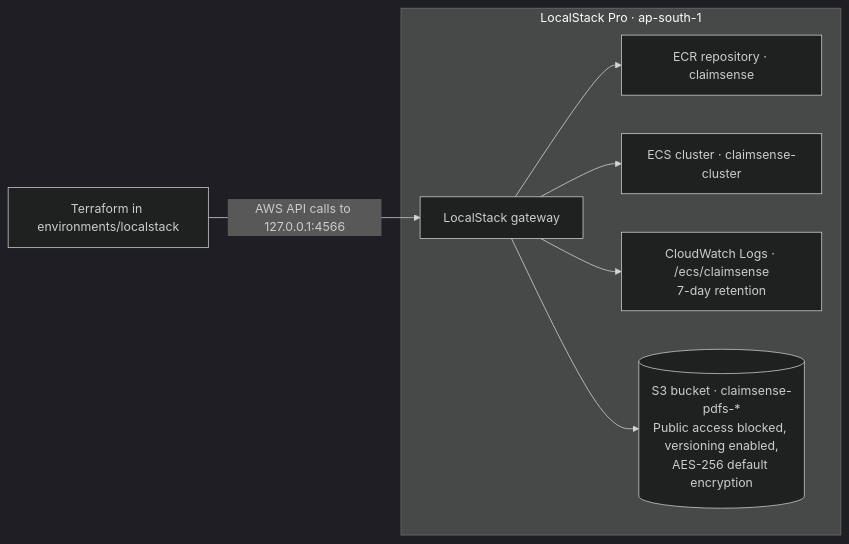
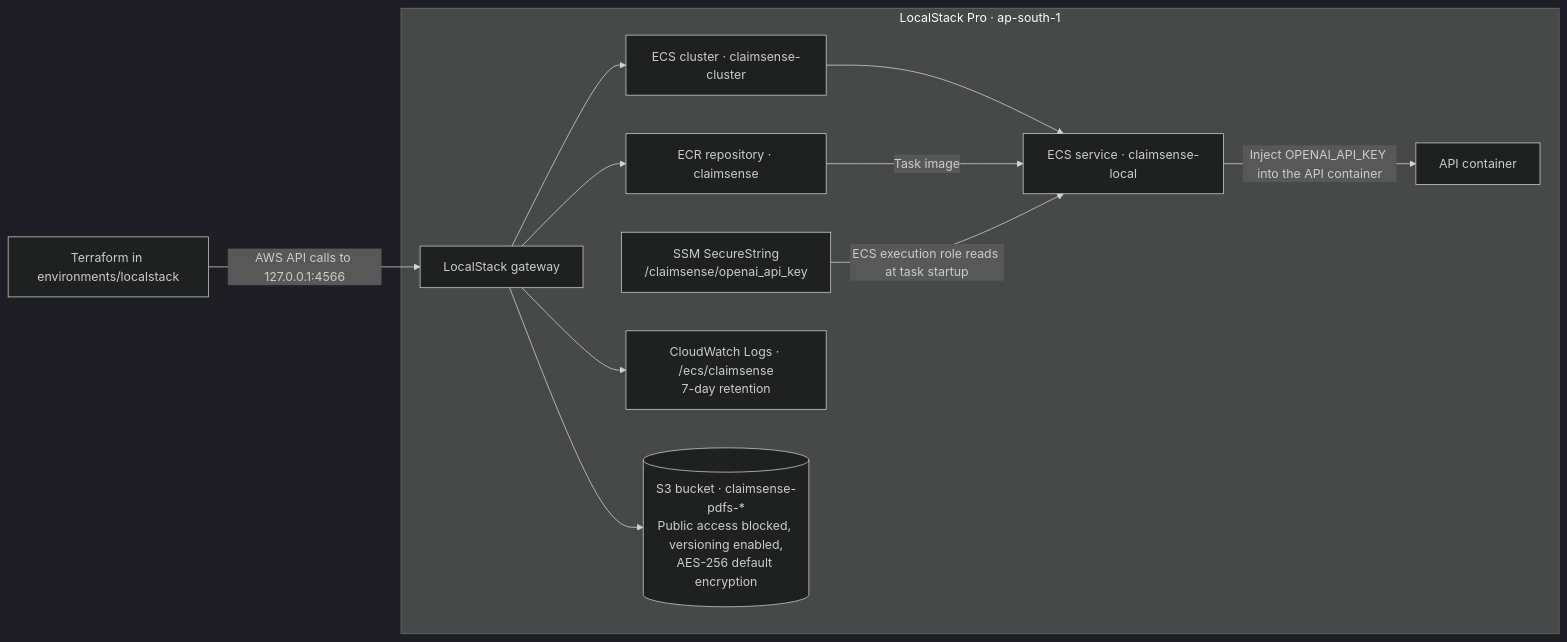
Before and after one commit to MP-30/Claim-Sense: the second of 3 diagrams in infra.md, drawn with Mermaid (dark theme). The commit also changed other lines of this file, not shown here.

````diff
--- a/infra.md
+++ b/infra.md
@@ -28,11 +31,15 @@
 ```mermaid
 flowchart LR
     TF["Terraform in environments/localstack"] -->|"AWS API calls to 127.0.0.1:4566"| Gateway
     subgraph Local["LocalStack Pro · ap-south-1"]
         Gateway["LocalStack gateway"]
         Gateway --> ECR["ECR repository · claimsense"]
         Gateway --> ECS["ECS cluster · claimsense-cluster"]
+        ECS --> Service["ECS service · claimsense-local"]
+        ECR -->|"Task image"| Service
+        SSM["SSM SecureString<br/>/claimsense/openai_api_key"] -->|"ECS execution role reads at task startup"| Service
+        Service -->|"Inject OPENAI_API_KEY into the API container"| TaskAPI["API container"]
         Gateway --> Logs["CloudWatch Logs · /ecs/claimsense<br/>7-day retention"]
         Gateway --> S3[("S3 bucket · claimsense-pdfs-*<br/>Public access blocked, versioning enabled,<br/>AES-256 default encryption")]
     end
 ```
````
